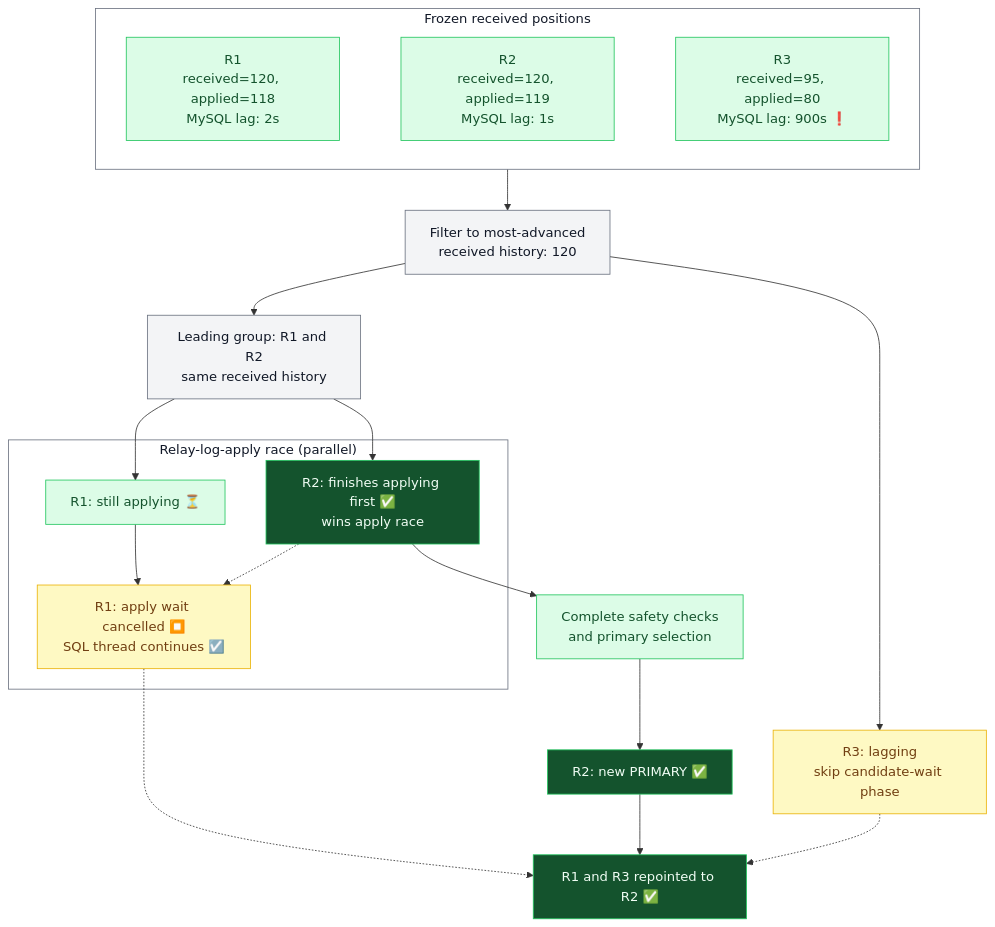
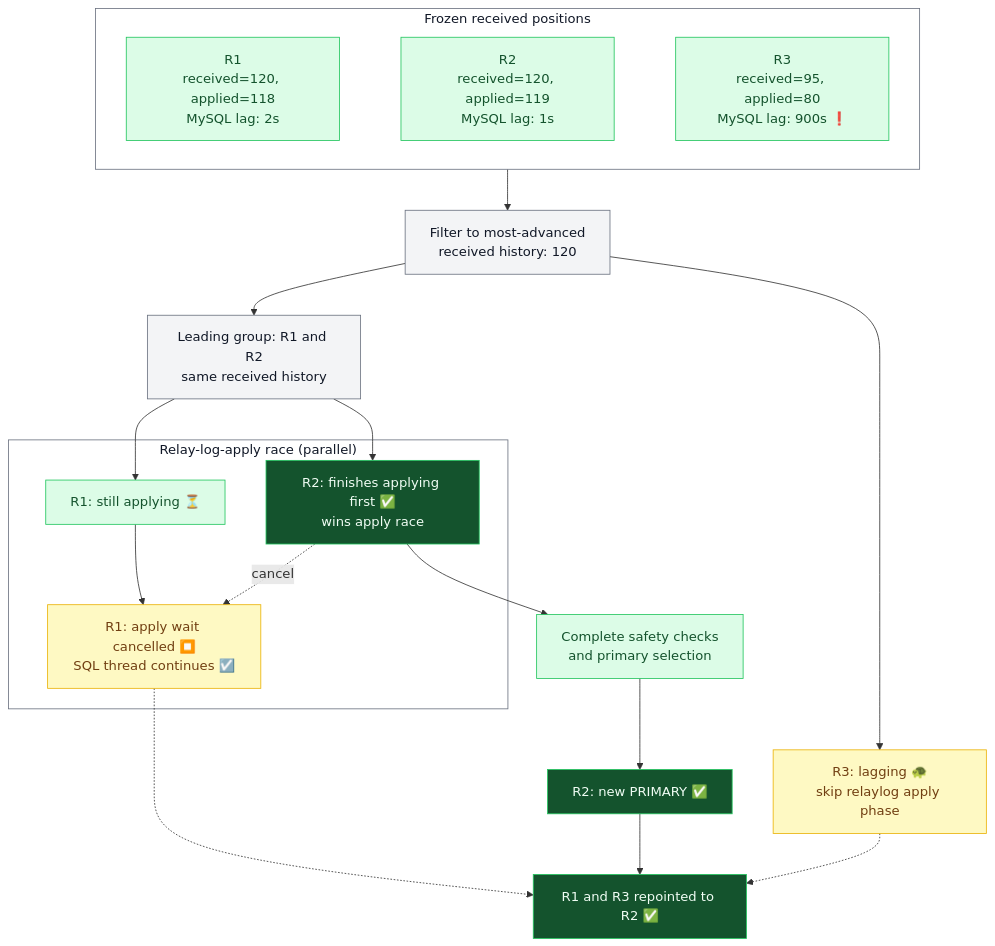
One commit to vitessio/website changed the third of 3 diagrams in content/en/blog/2026-09-23-hardening-emergency-reparent-shard.md. Above: the diagram before and after it, drawn with Mermaid. The commit also changed other lines of this file, not shown here.

Commit message:
Polish ERS blog terminology, links and diagrams

````diff
--- a/content/en/blog/2026-09-23-hardening-emergency-reparent-shard.md
+++ b/content/en/blog/2026-09-23-hardening-emergency-reparent-shard.md
@@ -102,39 +102,39 @@
 ```mermaid
 graph TD
     subgraph Positions["Frozen received positions"]
         direction LR
         R1["R1<br/>received=120, applied=118<br/>MySQL lag: 2s"]
         R2["R2<br/>received=120, applied=119<br/>MySQL lag: 1s"]
         R3["R3<br/>received=95, applied=80<br/>MySQL lag: 900s ❗"]
         R1 ~~~ R2 ~~~ R3
     end
 
     Positions --> Filter["Filter to most-advanced<br/>received history: 120"]
     Filter --> Leading["Leading group: R1 and R2<br/>same received history"]
-    Filter --> Skipped["R3: lagging<br/>skip candidate-wait phase"]
+    Filter --> Skipped["R3: lagging 🐢<br/>skip relaylog apply phase"]
 
     Leading --> ApplyR1
     Leading --> ApplyR2
     subgraph Race["Relay-log-apply race (parallel)"]
         ApplyR1["R1: still applying ⏳"]
         ApplyR2["R2: finishes applying first ✅<br/>wins apply race"]
         ApplyR1 --> Cancelled["R1: apply wait cancelled ⏹️<br/>SQL thread continues ☑️"]
-        ApplyR2 -.-> Cancelled
+        ApplyR2 -. cancel .-> Cancelled
     end
 
     ApplyR2 --> Checks["Complete safety checks<br/>and primary selection"]
     Checks --> Primary["R2: new PRIMARY ✅"]
     Primary --> Repoint["R1 and R3 repointed to R2 ✅"]
     Cancelled -.-> Repoint
     Skipped -.-> Repoint
 
     classDef default fill:#f3f4f6,stroke:#6b7280,color:#111827
     classDef healthy fill:#dcfce7,stroke:#22c55e,color:#14532d
     classDef warning fill:#fef9c3,stroke:#eab308,color:#713f12
     classDef completed fill:#14532d,stroke:#22c55e,color:#f0fdf4
     class R1,R2,R3,ApplyR1,Checks healthy
     class Skipped,Cancelled warning
     class ApplyR2,Primary,Repoint completed
     style Positions fill:#ffffff,stroke:#6b7280,color:#111827
     style Race fill:#ffffff,stroke:#6b7280,color:#111827
 ```
````
